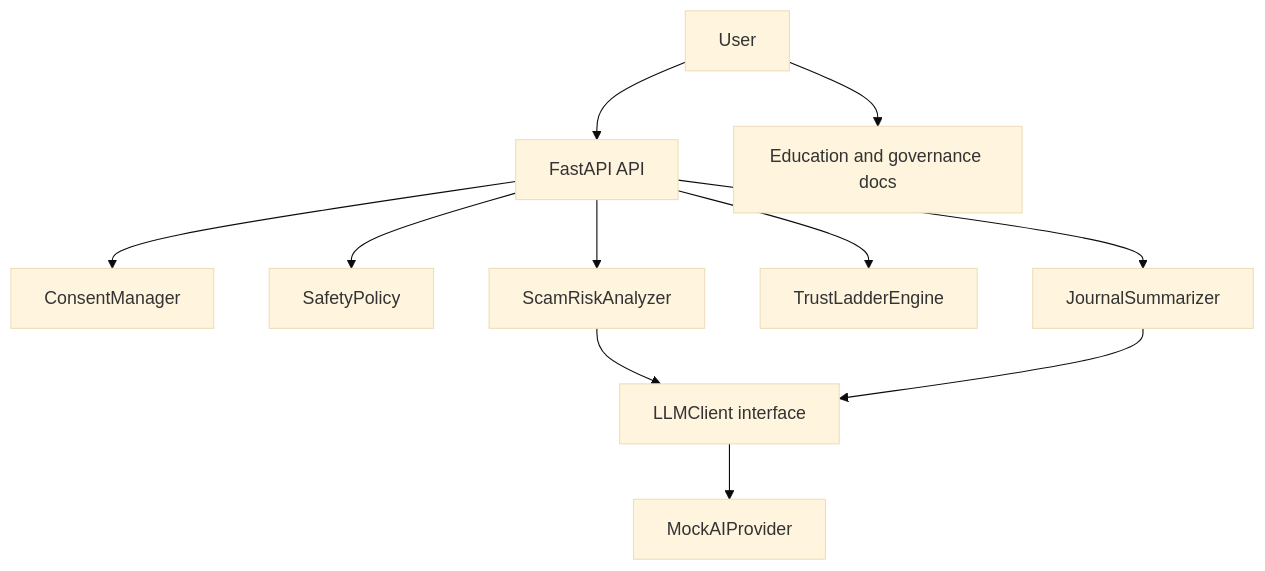
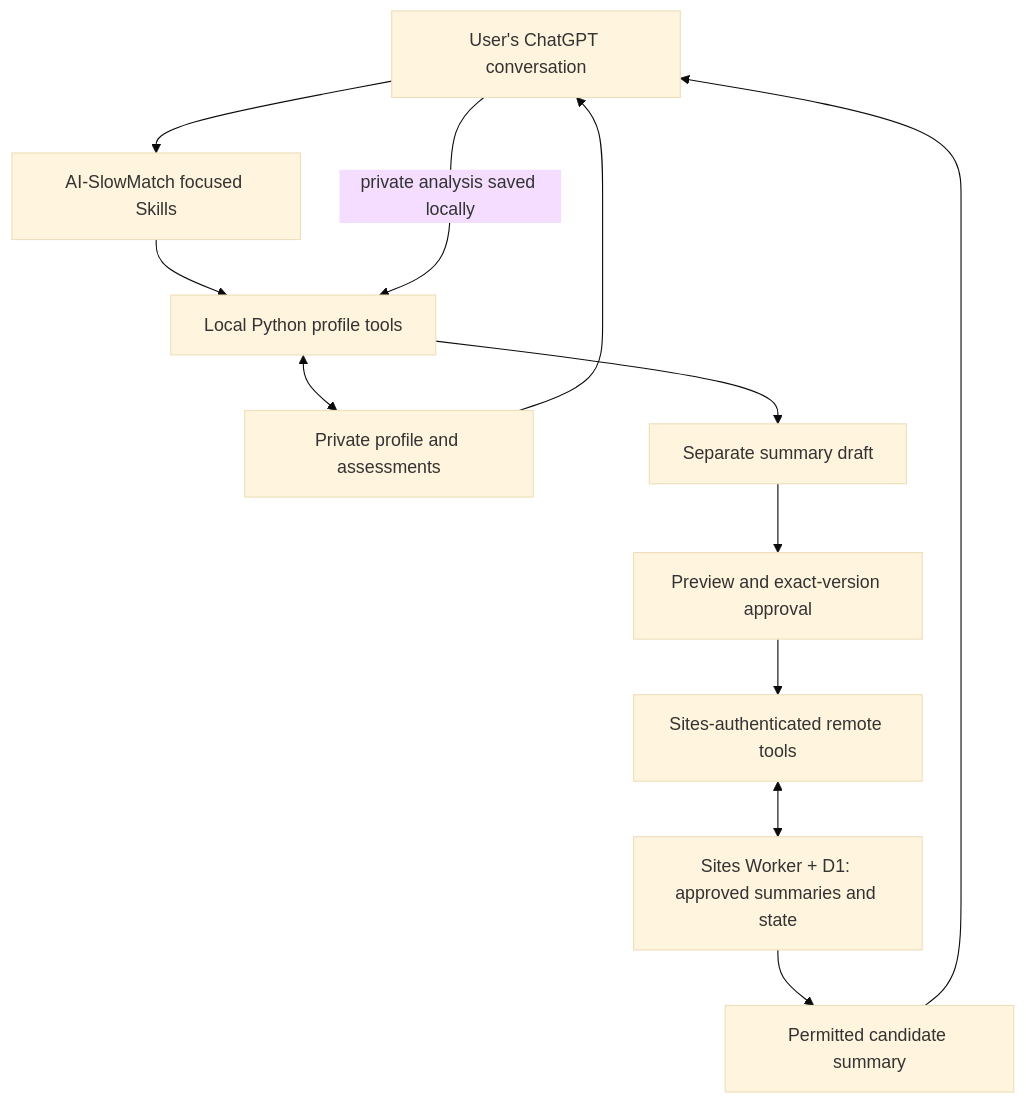
The diagram in docs/02_system_architecture.md (onepunchman26/Anti-Dating-App-Scam), drawn with Mermaid (base theme) before and after one commit. The commit also changed other lines of this file and 163 other files, not shown here.

Commit message:
Migrate SlowMatch to local ChatGPT profile tools and private Sites

````diff
--- a/docs/02_system_architecture.md
+++ b/docs/02_system_architecture.md
@@ -7,24 +11,23 @@
 ```mermaid
 flowchart TB
-    User["User"]
-    API["FastAPI API"]
-    Consent["ConsentManager"]
-    Safety["SafetyPolicy"]
-    Risk["ScamRiskAnalyzer"]
-    Ladder["TrustLadderEngine"]
-    Journal["JournalSummarizer"]
-    AI["LLMClient interface"]
-    Mock["MockAIProvider"]
-    Docs["Education and governance docs"]
-
-    User --> API
-    API --> Consent
-    API --> Safety
-    API --> Risk
-    API --> Ladder
-    API --> Journal
-    Risk --> AI
-    Journal --> AI
-    AI --> Mock
-    User --> Docs
+    User["User's ChatGPT conversation"]
+    Skills["AI-SlowMatch focused Skills"]
+    Local["Local Python profile tools"]
+    Private["Private profile and assessments"]
+    Draft["Separate summary draft"]
+    Approval["Preview and exact-version approval"]
+    MCP["Sites-authenticated remote tools"]
+    Site["Sites Worker + D1: approved summaries and state"]
+    Peer["Permitted candidate summary"]
+    User --> Skills
+    Skills --> Local
+    Local <--> Private
+    Local --> Draft
+    Draft --> Approval
+    Approval --> MCP
+    MCP <--> Site
+    Site --> Peer
+    Peer --> User
+    Private --> User
+    User -->|private analysis saved locally| Local
 ```
````
